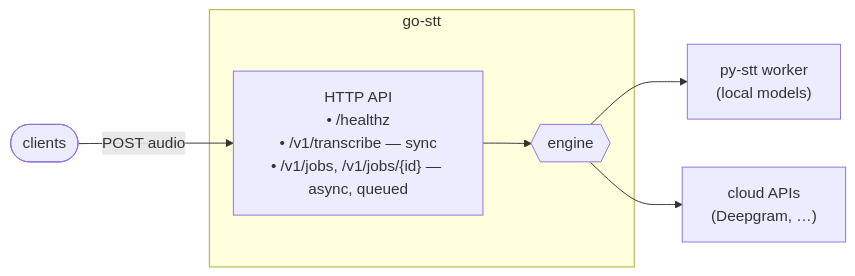
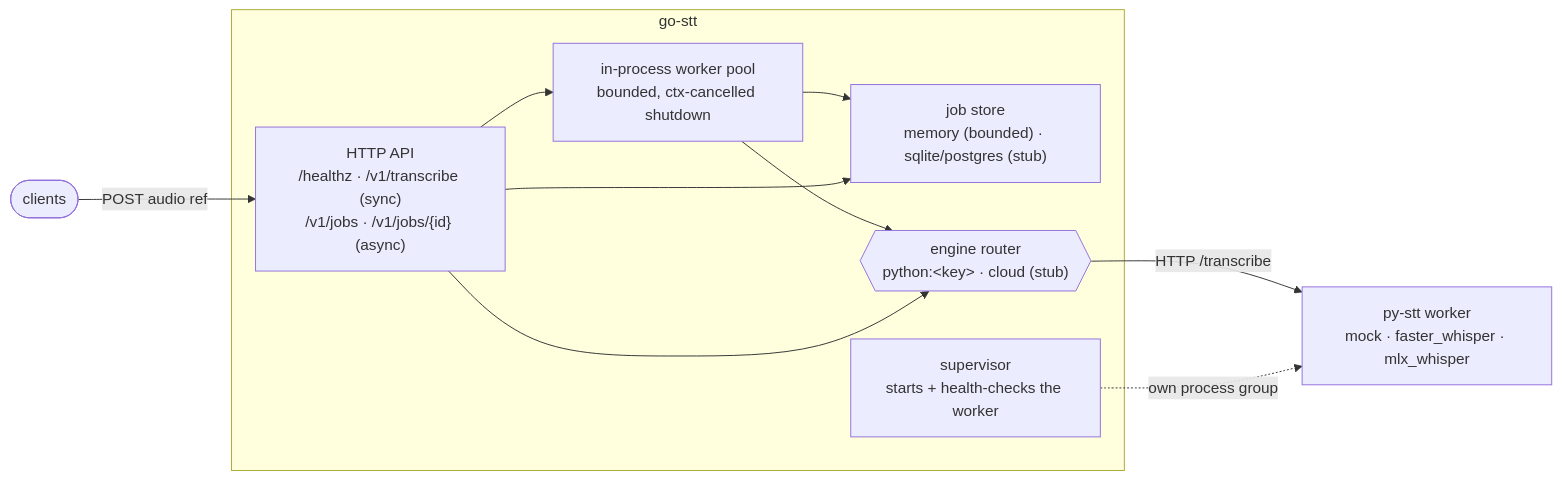
Before and after one commit to selivanov-tech/go-stt: the diagram in README.md, drawn with Mermaid. The commit also changed other lines of this file, not shown here.

Commit message:
docs: README describes the built scaffold, API, packages, config and roadmap

````diff
--- a/README.md
+++ b/README.md
@@ -12,14 +13,20 @@
 ```mermaid
 flowchart LR
     client(["clients"])
 
     subgraph gostt ["go-stt"]
-        api["HTTP API<br/>• /healthz<br/>• /v1/transcribe — sync<br/>• /v1/jobs, /v1/jobs/{id} — async, queued"]
-        engine{{"engine"}}
+        api["HTTP API<br/>/healthz · /v1/transcribe (sync)<br/>/v1/jobs · /v1/jobs/{id} (async)"]
+        queue["in-process worker pool<br/>bounded, ctx-cancelled shutdown"]
+        store["job store<br/>memory (bounded) · sqlite/postgres (stub)"]
+        engine{{"engine router<br/>python:&lt;key&gt; · cloud (stub)"}}
+        sup["supervisor<br/>starts + health-checks the worker"]
+        api --> queue --> engine
         api --> engine
+        queue --> store
+        api --> store
     end
 
-    client -- "POST audio" --> api
-    engine --> worker["py-stt worker<br/>(local models)"]
-    engine --> cloud["cloud APIs<br/>(Deepgram, …)"]
+    client -- "POST audio ref" --> api
+    engine -- "HTTP /transcribe" --> worker["py-stt worker<br/>mock · faster_whisper · mlx_whisper"]
+    sup -. "own process group" .-> worker
 ```
````
